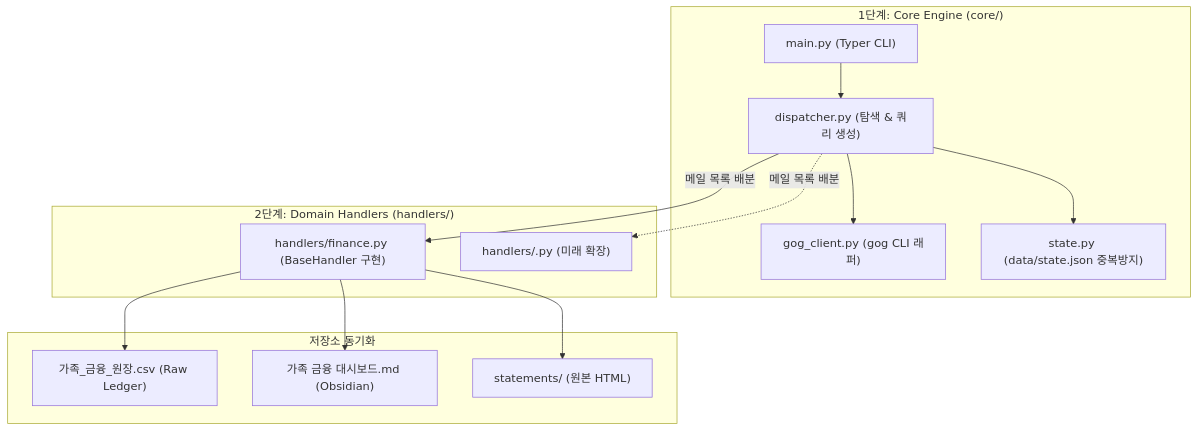
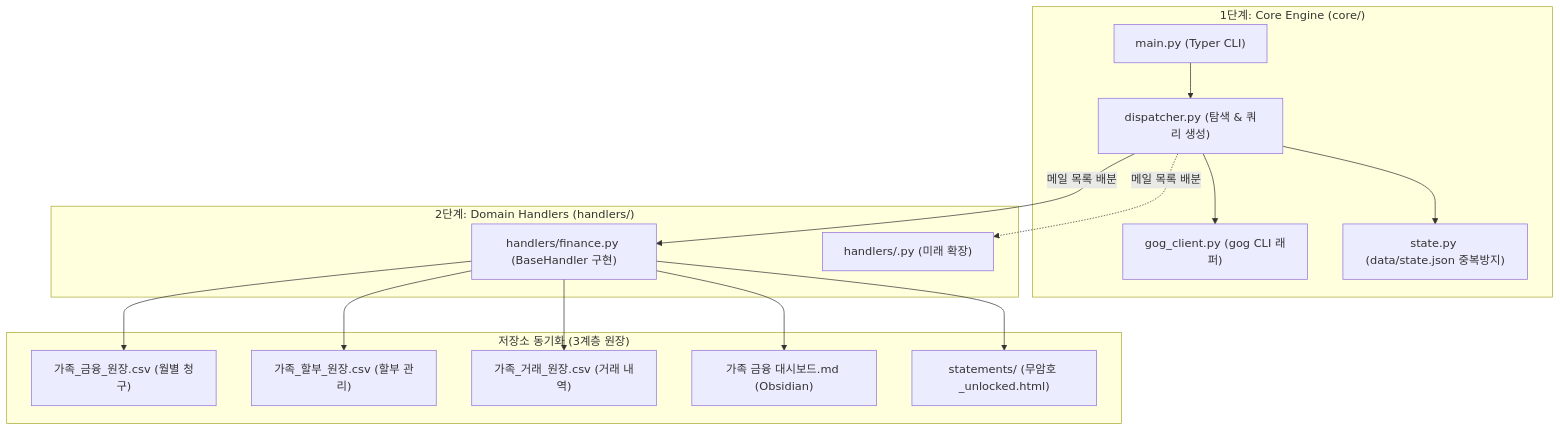
One commit to MinoKim82/my-tools changed the diagram in tools/mail-sync/AGENTS.md. Above: the diagram before and after it, drawn with Mermaid. The commit also changed other lines of this file and 4 other files, not shown here.

Commit message:
feat(mail-sync): add password-free unlocked statement export, 3-tier ledger, installment tracking, and app webhook

````diff
--- a/tools/mail-sync/AGENTS.md
+++ b/tools/mail-sync/AGENTS.md
@@ -11,29 +11,31 @@
 ```mermaid
 flowchart TD
     subgraph Tier1["1단계: Core Engine (core/)"]
         M["main.py (Typer CLI)"]
         D["dispatcher.py (탐색 & 쿼리 생성)"]
         G["gog_client.py (gog CLI 래퍼)"]
         S["state.py (data/state.json 중복방지)"]
         
         M --> D
         D --> G
         D --> S
     end
 
     subgraph Tier2["2단계: Domain Handlers (handlers/)"]
         H_FIN["handlers/finance.py (BaseHandler 구현)"]
         H_NEW["handlers/<new_module>.py (미래 확장)"]
         
         D -->|메일 목록 배분| H_FIN
         D -.->|메일 목록 배분| H_NEW
     end
 
-    subgraph Storage["저장소 동기화"]
-        CSV["가족_금융_원장.csv (Raw Ledger)"]
+    subgraph Storage["저장소 동기화 (3계층 원장)"]
+        CSV_BILL["가족_금융_원장.csv (월별 청구)"]
+        CSV_INST["가족_할부_원장.csv (할부 관리)"]
+        CSV_TRX["가족_거래_원장.csv (거래 내역)"]
         OBS["가족 금융 대시보드.md (Obsidian)"]
-        STMT["statements/ (원본 HTML)"]
+        STMT["statements/ (무암호 _unlocked.html)"]
         
-        H_FIN --> CSV & OBS & STMT
+        H_FIN --> CSV_BILL & CSV_INST & CSV_TRX & OBS & STMT
     end
 ```
````
